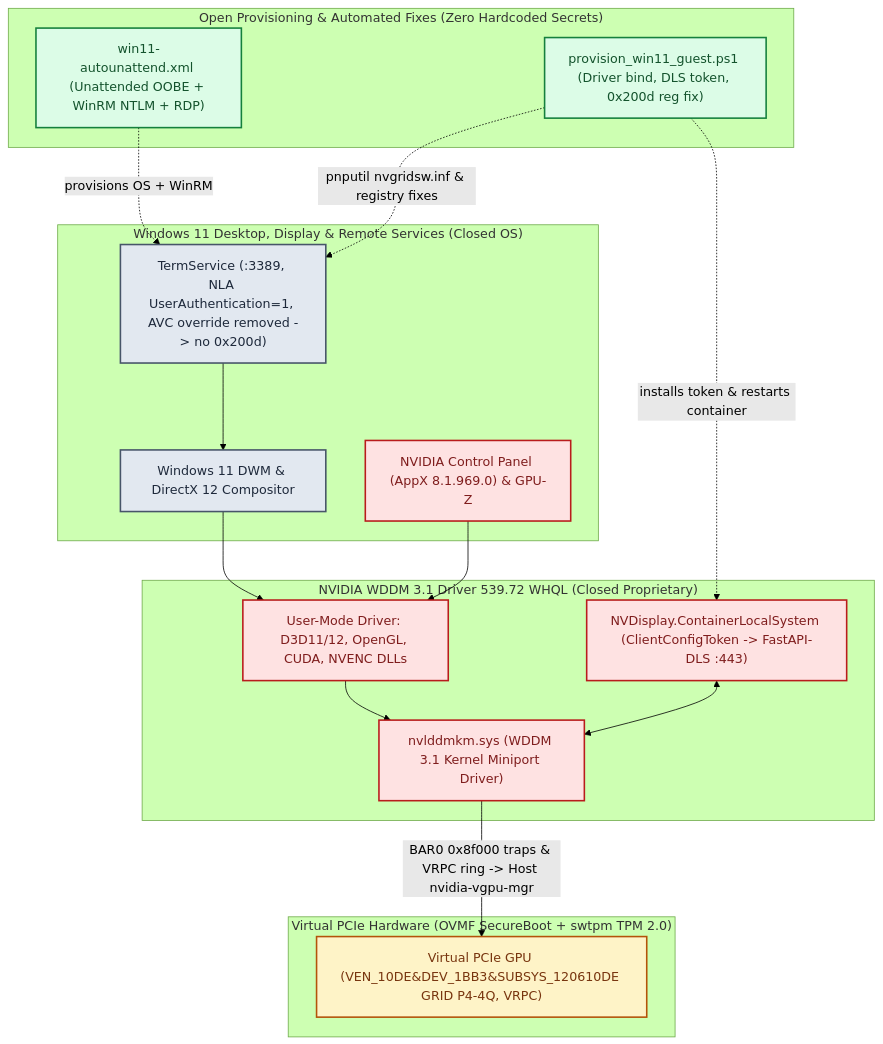
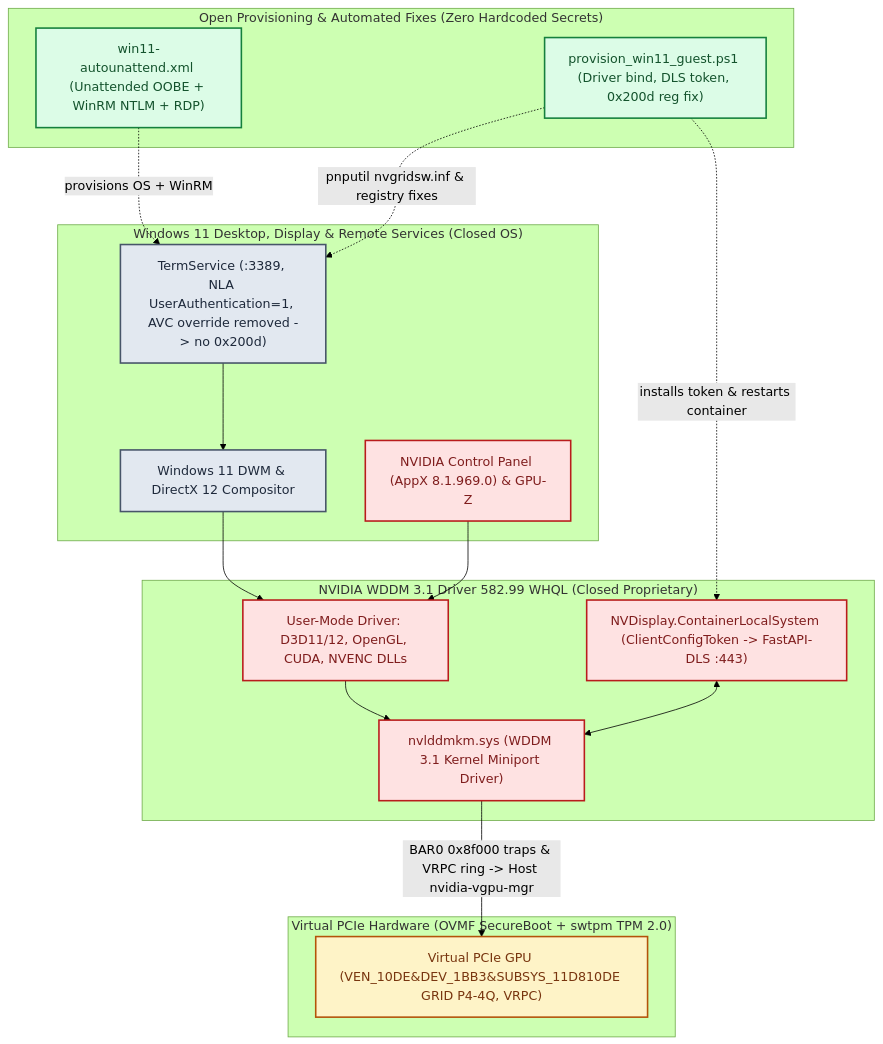
Before and after one commit to SanjayRavindran/open-vgpu-tesla-p4: the third of 5 diagrams in docs/09-OPEN-VS-CLOSED-ARCHITECTURE-DIAGRAMS.md, drawn with Mermaid (forest theme). The commit also changed other lines of this file and 63 other files, not shown here.

````diff
--- a/docs/09-OPEN-VS-CLOSED-ARCHITECTURE-DIAGRAMS.md
+++ b/docs/09-OPEN-VS-CLOSED-ARCHITECTURE-DIAGRAMS.md
@@ -142,38 +141,38 @@
 ```mermaid
 flowchart TB
     classDef ours fill:#dcfce7,stroke:#15803d,stroke-width:2px,color:#14532d
     classDef closed fill:#fee2e2,stroke:#b91c1c,stroke-width:2px,color:#7f1d1d
     classDef winos fill:#e2e8f0,stroke:#475569,stroke-width:2px,color:#1e293b
     classDef vhw fill:#fef3c7,stroke:#b45309,stroke-width:2px,color:#78350f
 
     subgraph W_PROV["Open Provisioning & Automated Fixes (Zero Hardcoded Secrets)"]
         AUTO["win11-autounattend.xml (Unattended OOBE + WinRM NTLM + RDP)"]:::ours
         PS1["provision_win11_guest.ps1 (Driver bind, DLS token, 0x200d reg fix)"]:::ours
     end
 
     subgraph W_OS["Windows 11 Desktop, Display & Remote Services (Closed OS)"]
         DWM["Windows 11 DWM & DirectX 12 Compositor"]:::winos
         RDP["TermService (:3389, NLA UserAuthentication=1, AVC override removed -> no 0x200d)"]:::winos
         APPS["NVIDIA Control Panel (AppX 8.1.969.0) & GPU-Z"]:::closed
     end
 
-    subgraph W_DRV["NVIDIA WDDM 3.1 Driver 539.72 WHQL (Closed Proprietary)"]
+    subgraph W_DRV["NVIDIA WDDM 3.1 Driver 582.99 WHQL (Closed Proprietary)"]
         UMD["User-Mode Driver: D3D11/12, OpenGL, CUDA, NVENC DLLs"]:::closed
         DISP_SVC["NVDisplay.ContainerLocalSystem (ClientConfigToken -> FastAPI-DLS :443)"]:::closed
         KMD["nvlddmkm.sys (WDDM 3.1 Kernel Miniport Driver)"]:::closed
     end
 
     subgraph W_HW["Virtual PCIe Hardware (OVMF SecureBoot + swtpm TPM 2.0)"]
-        W_VDEV["Virtual PCIe GPU (VEN_10DE&DEV_1BB3&SUBSYS_120610DE GRID P4-4Q, VRPC)"]:::vhw
+        W_VDEV["Virtual PCIe GPU (VEN_10DE&DEV_1BB3&SUBSYS_11D810DE GRID P4-4Q, VRPC)"]:::vhw
     end
 
     AUTO -. "provisions OS + WinRM" .-> RDP
     PS1 -. "pnputil nvgridsw.inf & registry fixes" .-> RDP
     PS1 -. "installs token & restarts container" .-> DISP_SVC
     DWM --> UMD
     RDP --> DWM
     APPS --> UMD
     UMD --> KMD
     DISP_SVC <--> KMD
     KMD -- "BAR0 0x8f000 traps & VRPC ring -> Host nvidia-vgpu-mgr" --> W_VDEV
 ```
````
